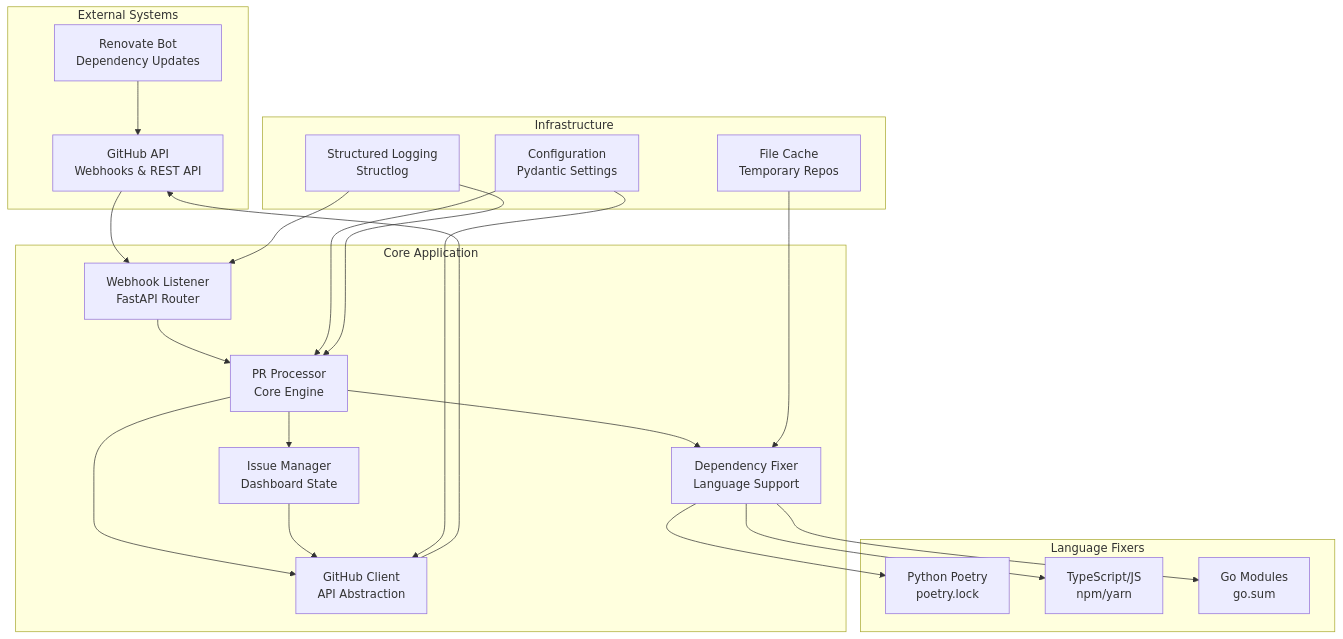
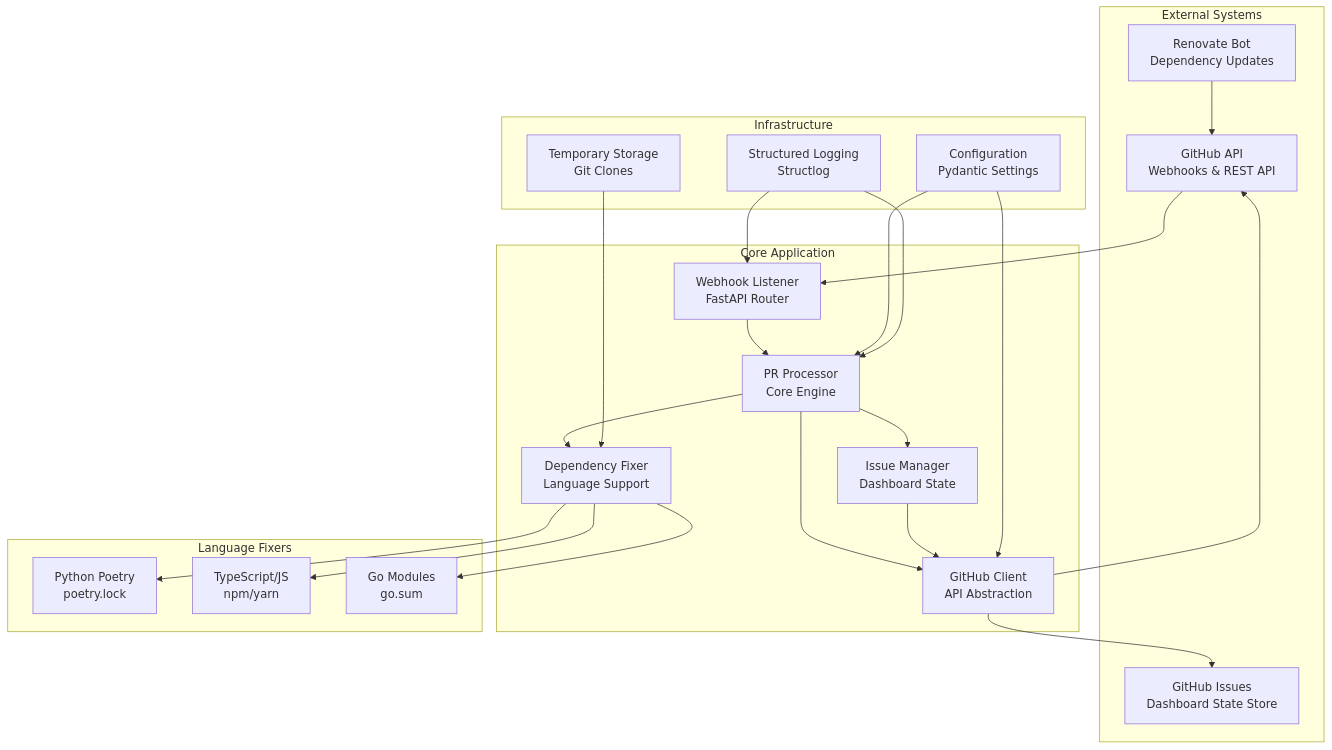
Before and after one commit to ashmere/RenovateAgent: the first of 4 diagrams in docs/architecture.md, drawn with Mermaid. The commit also changed other lines of this file and 4 other files, not shown here.

First line of the commit message:
refactor!: remove database dependencies and simplify to stateless architecture

````diff
--- a/docs/architecture.md
+++ b/docs/architecture.md
@@ -12,44 +12,46 @@
 ```mermaid
 graph TB
     subgraph "External Systems"
         GH[GitHub API<br/>Webhooks & REST API]
         RENOVATE[Renovate Bot<br/>Dependency Updates]
+        ISSUES[GitHub Issues<br/>Dashboard State Store]
     end
 
     subgraph "Core Application"
         WL[Webhook Listener<br/>FastAPI Router]
         PR[PR Processor<br/>Core Engine]
         GC[GitHub Client<br/>API Abstraction]
         DF[Dependency Fixer<br/>Language Support]
         IM[Issue Manager<br/>Dashboard State]
     end
 
     subgraph "Language Fixers"
         PY[Python Poetry<br/>poetry.lock]
         TS[TypeScript/JS<br/>npm/yarn]
         GO[Go Modules<br/>go.sum]
     end
 
     subgraph "Infrastructure"
         CONFIG[Configuration<br/>Pydantic Settings]
         LOG[Structured Logging<br/>Structlog]
-        CACHE[File Cache<br/>Temporary Repos]
+        TEMP[Temporary Storage<br/>Git Clones]
     end
 
     GH --> WL
     RENOVATE --> GH
     WL --> PR
     PR --> GC
     PR --> DF
     PR --> IM
     GC --> GH
+    GC --> ISSUES
     DF --> PY
     DF --> TS
     DF --> GO
     IM --> GC
     CONFIG --> PR
     CONFIG --> GC
     LOG --> WL
     LOG --> PR
-    CACHE --> DF
+    TEMP --> DF
 ```
````
